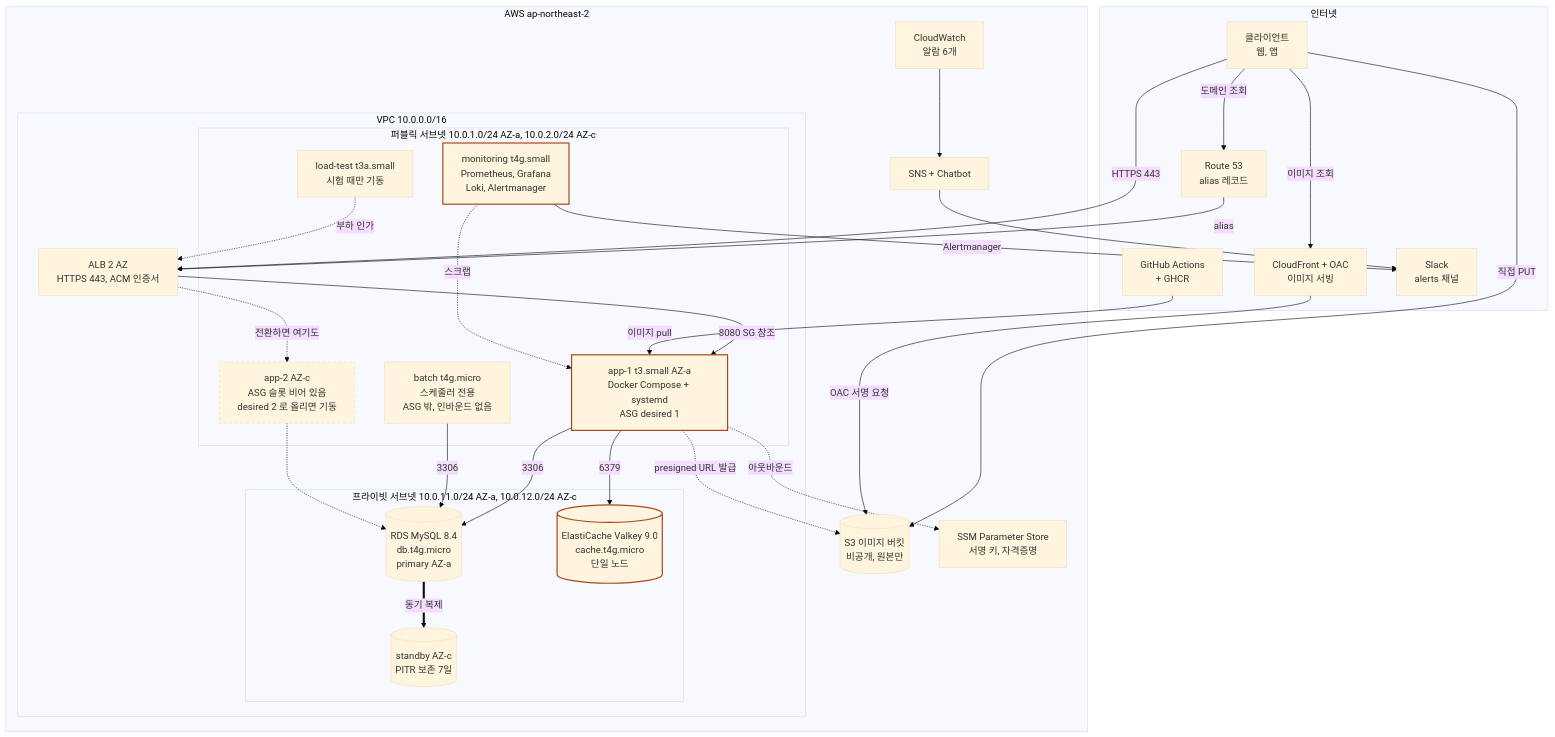
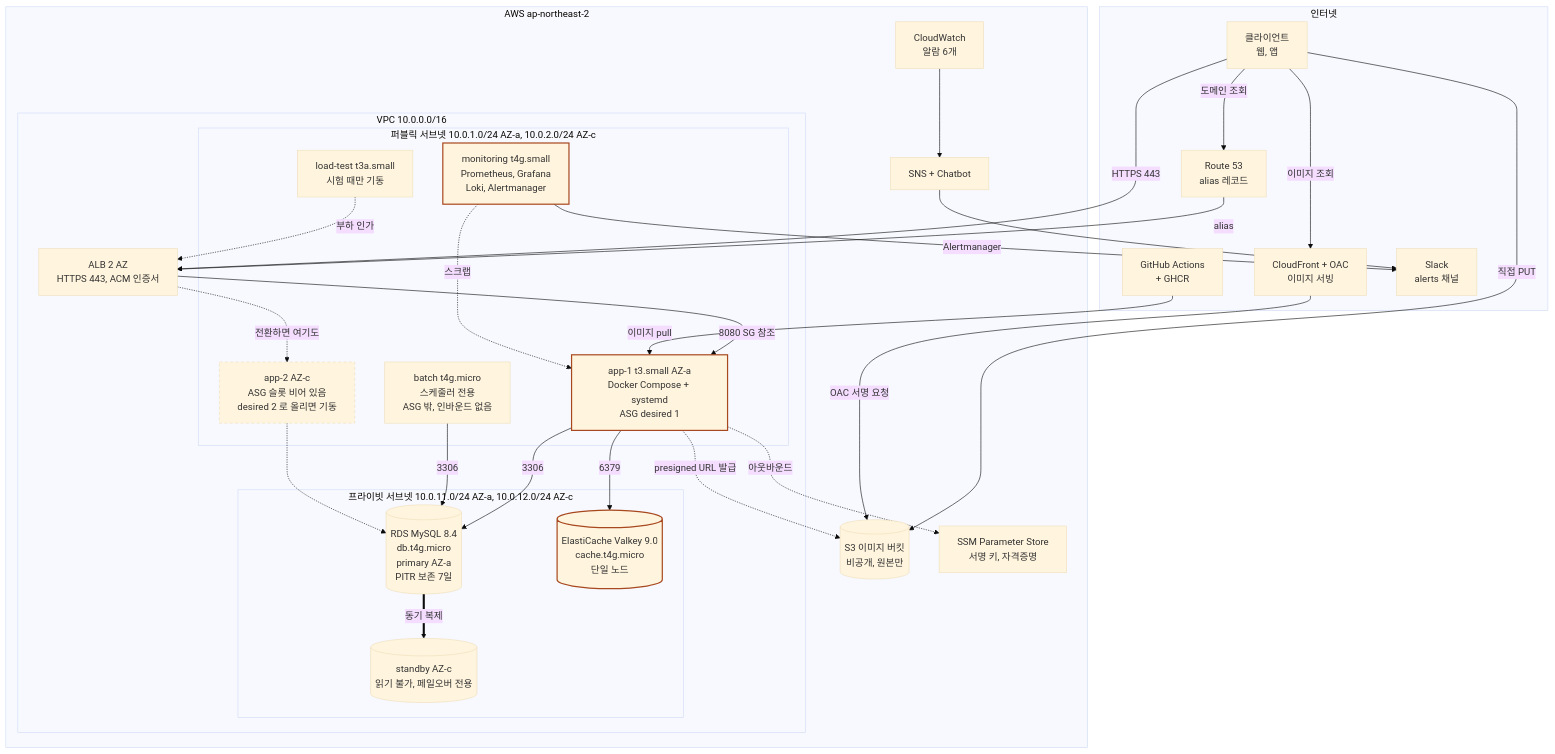
One commit to LGU-2/infra changed the first of 10 diagrams in docs/system-design/백엔드공통_시스템디자인_종합.md. Above: the diagram before and after it, drawn with Mermaid (base theme). The commit also changed other lines of this file and 6 other files, not shown here.

````diff
--- a/docs/system-design/백엔드공통_시스템디자인_종합.md
+++ b/docs/system-design/백엔드공통_시스템디자인_종합.md
@@ -10,61 +10,61 @@
 ```mermaid
 graph TB
     subgraph internet["인터넷"]
         U["클라이언트<br/>웹, 앱"]
         R53["Route 53<br/>alias 레코드"]
         CFT["CloudFront + OAC<br/>이미지 서빙"]
         GH["GitHub Actions<br/>+ GHCR"]
         SLK["Slack<br/>alerts 채널"]
     end
 
     subgraph aws["AWS ap-northeast-2"]
         S3I[("S3 이미지 버킷<br/>비공개, 원본만")]
         SSM["SSM Parameter Store<br/>서명 키, 자격증명"]
         CWA["CloudWatch<br/>알람 6개"]
         SNS["SNS + Chatbot"]
 
         subgraph vpc["VPC 10.0.0.0/16"]
             ALB["ALB 2 AZ<br/>HTTPS 443, ACM 인증서"]
 
             subgraph pub["퍼블릭 서브넷 10.0.1.0/24 AZ-a, 10.0.2.0/24 AZ-c"]
                 APP1["app-1 t3.small AZ-a<br/>Docker Compose + systemd<br/>ASG desired 1"]
                 APP2["app-2 AZ-c<br/>ASG 슬롯 비어 있음<br/>desired 2 로 올리면 기동"]
                 MON["monitoring t4g.small<br/>Prometheus, Grafana<br/>Loki, Alertmanager"]
                 BAT["batch t4g.micro<br/>스케줄러 전용<br/>ASG 밖, 인바운드 없음"]
                 LTI["load-test t3a.small<br/>시험 때만 기동"]
             end
 
             subgraph pri["프라이빗 서브넷 10.0.11.0/24 AZ-a, 10.0.12.0/24 AZ-c"]
-                RDS1[("RDS MySQL 8.4<br/>db.t4g.micro<br/>primary AZ-a")]
-                RDS2[("standby AZ-c<br/>PITR 보존 7일")]
+                RDS1[("RDS MySQL 8.4<br/>db.t4g.micro<br/>primary AZ-a<br/>PITR 보존 7일")]
+                RDS2[("standby AZ-c<br/>읽기 불가, 페일오버 전용")]
                 CACHE[("ElastiCache Valkey 9.0<br/>cache.t4g.micro<br/>단일 노드")]
             end
         end
     end
 
     U -->|도메인 조회| R53
     R53 -->|alias| ALB
     U -->|HTTPS 443| ALB
     ALB -->|8080 SG 참조| APP1
     APP1 -->|3306| RDS1
     APP1 -->|6379| CACHE
     RDS1 ==>|동기 복제| RDS2
     APP1 -.->|presigned URL 발급| S3I
     U -->|직접 PUT| S3I
     U -->|이미지 조회| CFT
     CFT -->|OAC 서명 요청| S3I
     APP1 -.->|아웃바운드| SSM
     BAT -->|3306| RDS1
     GH -->|이미지 pull| APP1
     MON -.->|스크랩| APP1
     MON -->|Alertmanager| SLK
     CWA --> SNS --> SLK
     LTI -.->|부하 인가| ALB
     ALB -.->|전환하면 여기도| APP2
     APP2 -.-> RDS1
 
     classDef spof stroke:#A8481F,stroke-width:2px;
     class APP1,CACHE,MON spof;
     classDef idle stroke-dasharray:5 4;
     class APP2 idle;
 ```
````
